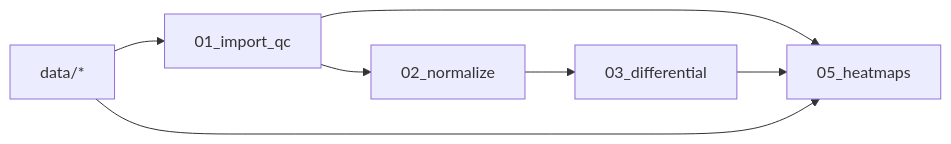
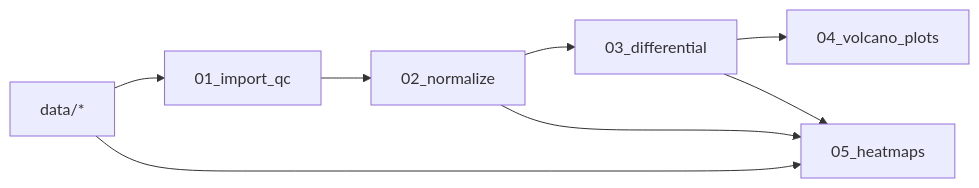
One commit to MusserLab/lab-compute changed the diagram in part2/project-organization.qmd. Above: the diagram before and after it, drawn with Mermaid. The commit also changed other lines of this file and 2 other files, not shown here.

````diff
--- a/part2/project-organization.qmd
+++ b/part2/project-organization.qmd
@@ -122,10 +181,11 @@
 ```{mermaid}
 flowchart LR
     data["data/*"] --> s01["01_import_qc"]
     s01 --> s02["02_normalize"]
     s02 --> s03["03_differential"]
+    s03 --> s04["04_volcano_plots"]
 
-    s01 --> s05["05_heatmaps"]
+    s02 --> s05["05_heatmaps"]
     s03 --> s05
     data --> s05
 ```
````
